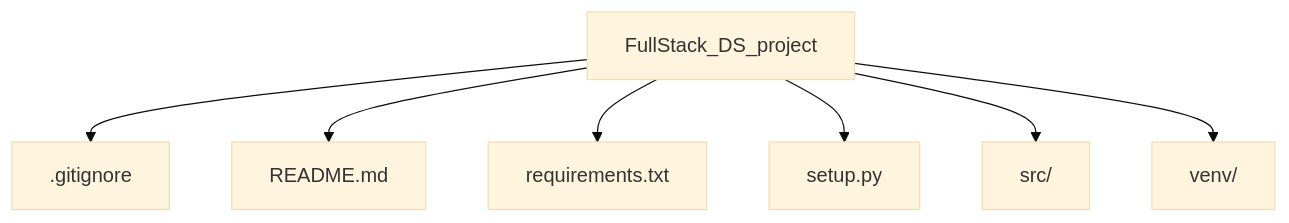
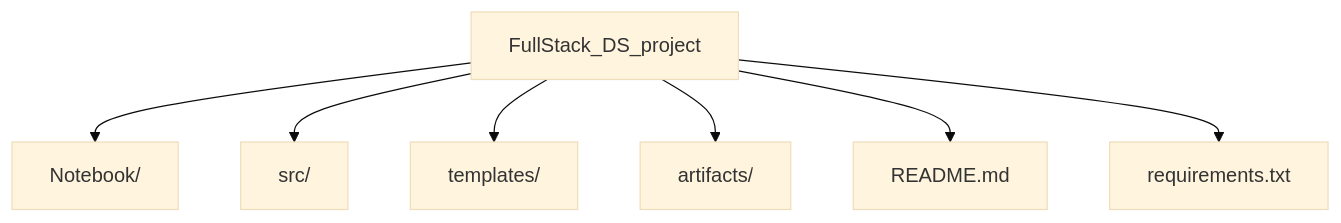
One commit to dajiraoakash/FullStack_DS_project changed the diagram in README.md. Above: the diagram before and after it, drawn with Mermaid (base theme). The commit also changed other lines of this file, not shown here.

````diff
--- a/README.md
+++ b/README.md
@@ -11,9 +11,9 @@
 ```mermaid
 flowchart TD
-    A["FullStack_DS_project"] --> B[".gitignore"]
-    A --> C["README.md"]
-    A --> D["requirements.txt"]
-    A --> E["setup.py"]
-    A --> F["src/"]
-    A --> G["venv/"]
+    A["FullStack_DS_project"] --> B["Notebook/"]
+    A --> C["src/"]
+    A --> D["templates/"]
+    A --> E["artifacts/"]
+    A --> F["README.md"]
+    A --> G["requirements.txt"]
 ```
````
